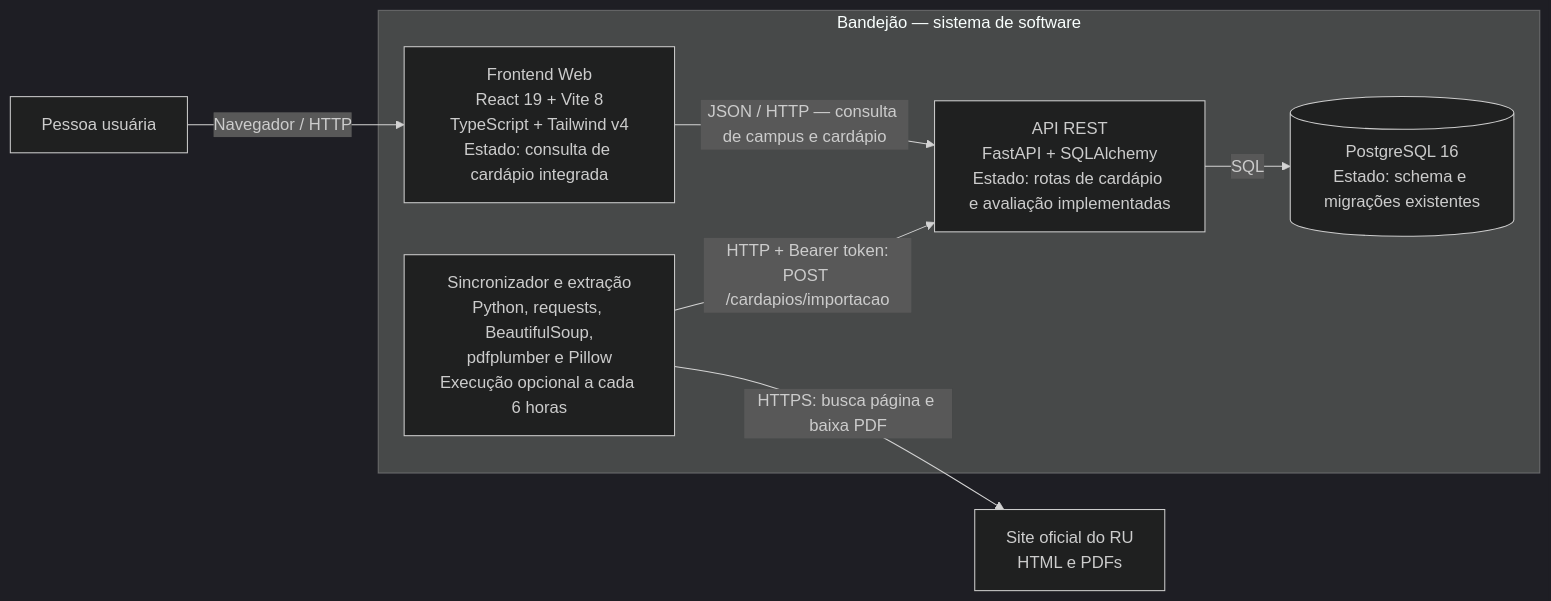
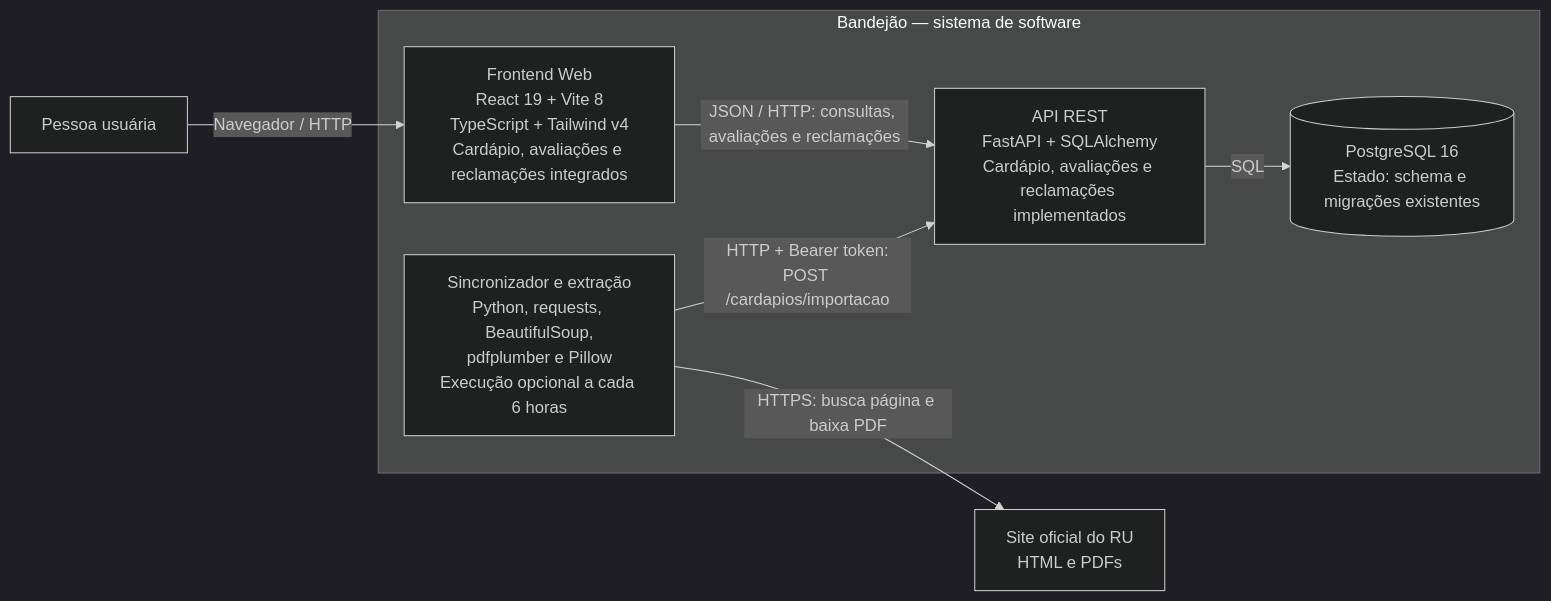
One commit to unb-mds/2026-2-Bandejao changed the second of 3 diagrams in docs/Arquitetura.md. Above: the diagram before and after it, drawn with Mermaid (dark theme). The commit also changed other lines of this file and 11 other files, not shown here.

````diff
--- a/docs/Arquitetura.md
+++ b/docs/Arquitetura.md
@@ -34,18 +34,18 @@
 ```mermaid
 flowchart LR
     pessoa["Pessoa usuária"]
     site["Site oficial do RU<br/>HTML e PDFs"]
 
     subgraph sistema["Bandejão — sistema de software"]
-        web["Frontend Web<br/>React 19 + Vite 8<br/>TypeScript + Tailwind v4<br/>Estado: consulta de cardápio integrada"]
-        api["API REST<br/>FastAPI + SQLAlchemy<br/>Estado: rotas de cardápio e avaliação implementadas"]
+        web["Frontend Web<br/>React 19 + Vite 8<br/>TypeScript + Tailwind v4<br/>Cardápio, avaliações e reclamações integrados"]
+        api["API REST<br/>FastAPI + SQLAlchemy<br/>Cardápio, avaliações e reclamações implementados"]
         banco[("PostgreSQL 16<br/>Estado: schema e migrações existentes")]
         extracao["Sincronizador e extração<br/>Python, requests, BeautifulSoup,<br/>pdfplumber e Pillow<br/>Execução opcional a cada 6 horas"]
     end
 
     pessoa -->|"Navegador / HTTP"| web
-    web -->|"JSON / HTTP — consulta de campus e cardápio"| api
+    web -->|"JSON / HTTP: consultas, avaliações e reclamações"| api
     api -->|"SQL"| banco
     extracao -->|"HTTPS: busca página e baixa PDF"| site
     extracao -->|"HTTP + Bearer token:<br/>POST /cardapios/importacao"| api
 ```
````
